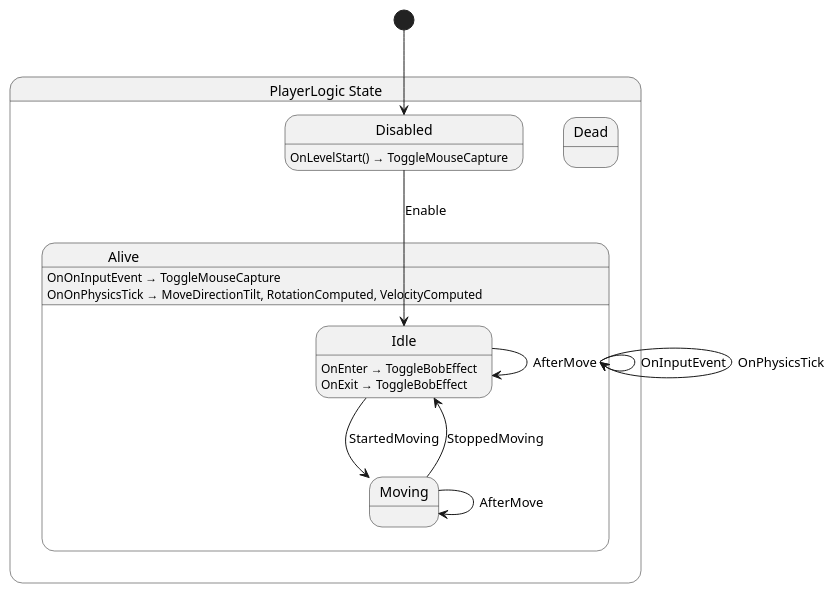
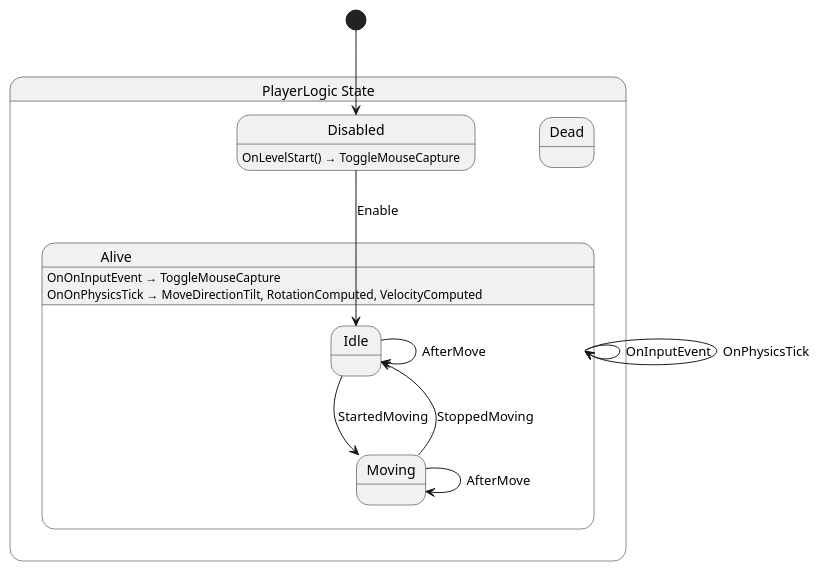
One commit to SkyValor/rescue-drone changed the diagram in Scripts/Drone/Player/State/PlayerLogic.g.puml. Above: the diagram before and after it, drawn with PlantUML. The commit also changed 6 other files, not shown here.

Commit message:
Changed the names for events invoked in DroneRepo. Updated the PlayerLogic and SmallDrone classes to accomodate changes.

```diff
--- a/Scripts/Drone/Player/State/PlayerLogic.g.puml
+++ b/Scripts/Drone/Player/State/PlayerLogic.g.puml
@@ -1,26 +1,24 @@
 @startuml PlayerLogic
 state "PlayerLogic State" as RescueDrone_PlayerLogic_State {
   state "Alive" as RescueDrone_PlayerLogic_State_Alive {
     state "Idle" as RescueDrone_PlayerLogic_State_Idle
     state "Moving" as RescueDrone_PlayerLogic_State_Moving
   }
   state "Dead" as RescueDrone_PlayerLogic_State_Dead
   state "Disabled" as RescueDrone_PlayerLogic_State_Disabled
 }
 
 RescueDrone_PlayerLogic_State_Alive --> RescueDrone_PlayerLogic_State_Alive : OnInputEvent
 RescueDrone_PlayerLogic_State_Alive --> RescueDrone_PlayerLogic_State_Alive : OnPhysicsTick
 RescueDrone_PlayerLogic_State_Disabled --> RescueDrone_PlayerLogic_State_Idle : Enable
 RescueDrone_PlayerLogic_State_Idle --> RescueDrone_PlayerLogic_State_Idle : AfterMove
 RescueDrone_PlayerLogic_State_Idle --> RescueDrone_PlayerLogic_State_Moving : StartedMoving
 RescueDrone_PlayerLogic_State_Moving --> RescueDrone_PlayerLogic_State_Idle : StoppedMoving
 RescueDrone_PlayerLogic_State_Moving --> RescueDrone_PlayerLogic_State_Moving : AfterMove
 
 RescueDrone_PlayerLogic_State_Alive : OnOnInputEvent → ToggleMouseCapture
 RescueDrone_PlayerLogic_State_Alive : OnOnPhysicsTick → MoveDirectionTilt, RotationComputed, VelocityComputed
 RescueDrone_PlayerLogic_State_Disabled : OnLevelStart() → ToggleMouseCapture
-RescueDrone_PlayerLogic_State_Idle : OnEnter → ToggleBobEffect
-RescueDrone_PlayerLogic_State_Idle : OnExit → ToggleBobEffect
 
 [*] --> RescueDrone_PlayerLogic_State_Disabled
 @enduml
```
